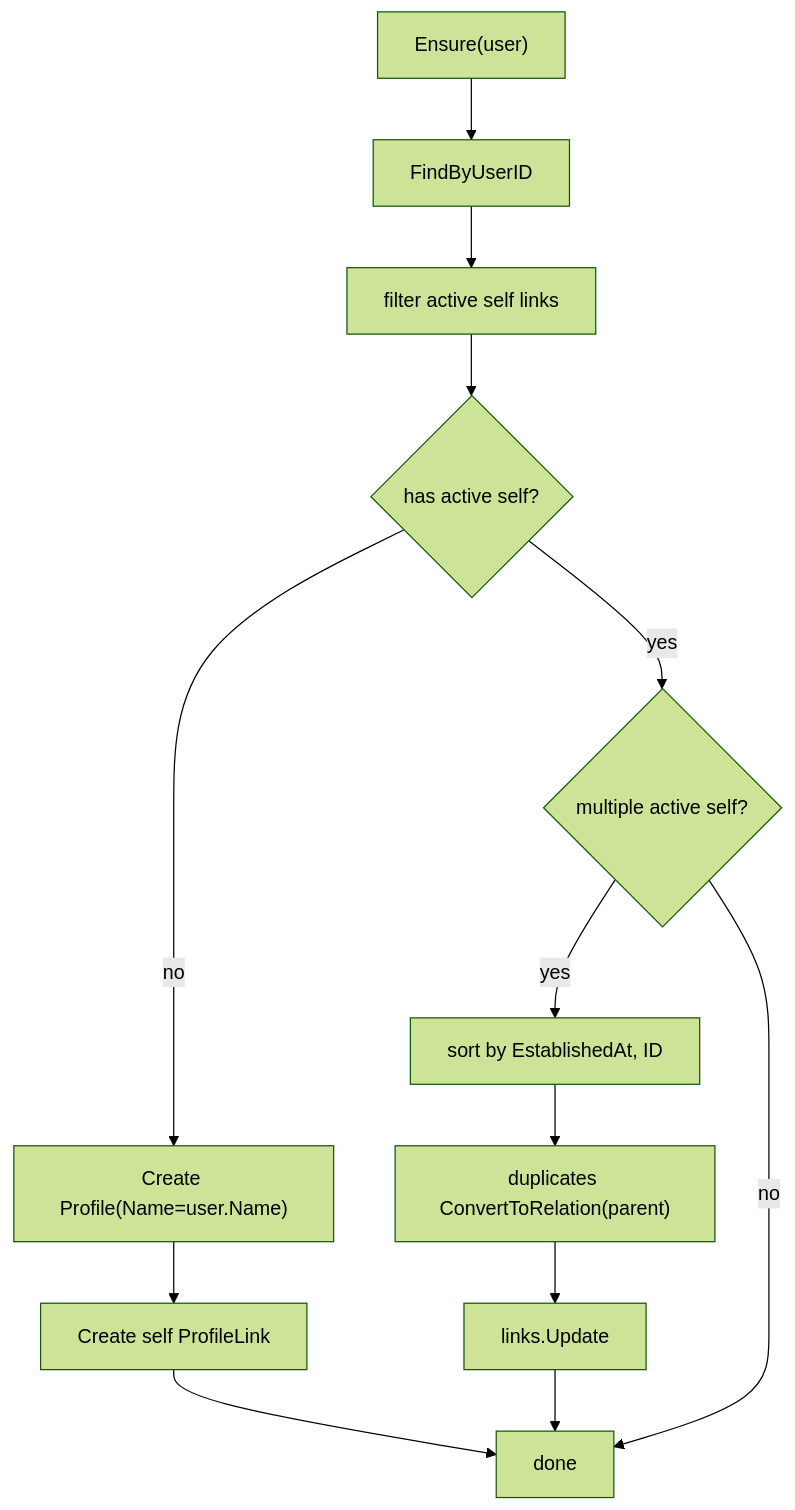
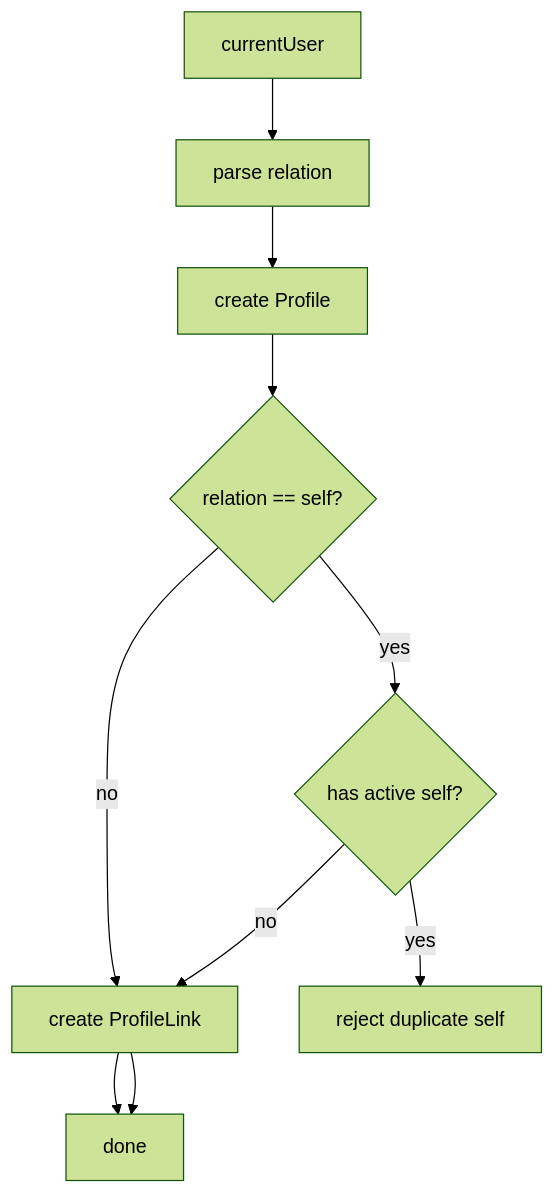
Before and after one commit to FangcunMount/iam: the seventh of 9 diagrams in docs/04-身份Identity/02-ProfileLink链路-用户与用户档案关系协作.md, drawn with Mermaid (forest theme). The commit also changed other lines of this file and 35 other files, not shown here.

Commit message:
feat  的 identity 模块业务规则更新： - User 不一定天然拥有 self Profile。 - User 可以通过 C 端功能主动创建 Profile。 - 创建时由业务语义决定这条 ProfileLink 是 self 还是 relation。

````diff
--- a/docs/04-身份Identity/02-ProfileLink链路-用户与用户档案关系协作.md
+++ b/docs/04-身份Identity/02-ProfileLink链路-用户与用户档案关系协作.md
@@ -594,20 +594,17 @@
 ```mermaid
 flowchart TD
-    Ensure["Ensure(user)"]
-    Links["FindByUserID"]
-    ActiveSelf["filter active self links"]
-    Has{"has active self?"}
-    CreateProfile["Create Profile(Name=user.Name)"]
-    CreateLink["Create self ProfileLink"]
-    Multi{"multiple active self?"}
-    Sort["sort by EstablishedAt, ID"]
-    Convert["duplicates ConvertToRelation(parent)"]
-    Update["links.Update"]
+    User["currentUser"]
+    Relation["parse relation"]
+    CreateProfile["create Profile"]
+    IsSelf{"relation == self?"}
+    HasSelf{"has active self?"}
+    CreateLink["create ProfileLink"]
+    Reject["reject duplicate self"]
     Done["done"]
 
-    Ensure --> Links --> ActiveSelf --> Has
-    Has -->|"no"| CreateProfile --> CreateLink --> Done
-    Has -->|"yes"| Multi
-    Multi -->|"yes"| Sort --> Convert --> Update --> Done
-    Multi -->|"no"| Done
+    User --> Relation --> CreateProfile --> IsSelf
+    IsSelf -->|"no"| CreateLink --> Done
+    IsSelf -->|"yes"| HasSelf
+    HasSelf -->|"yes"| Reject
+    HasSelf -->|"no"| CreateLink --> Done
 ```
````
